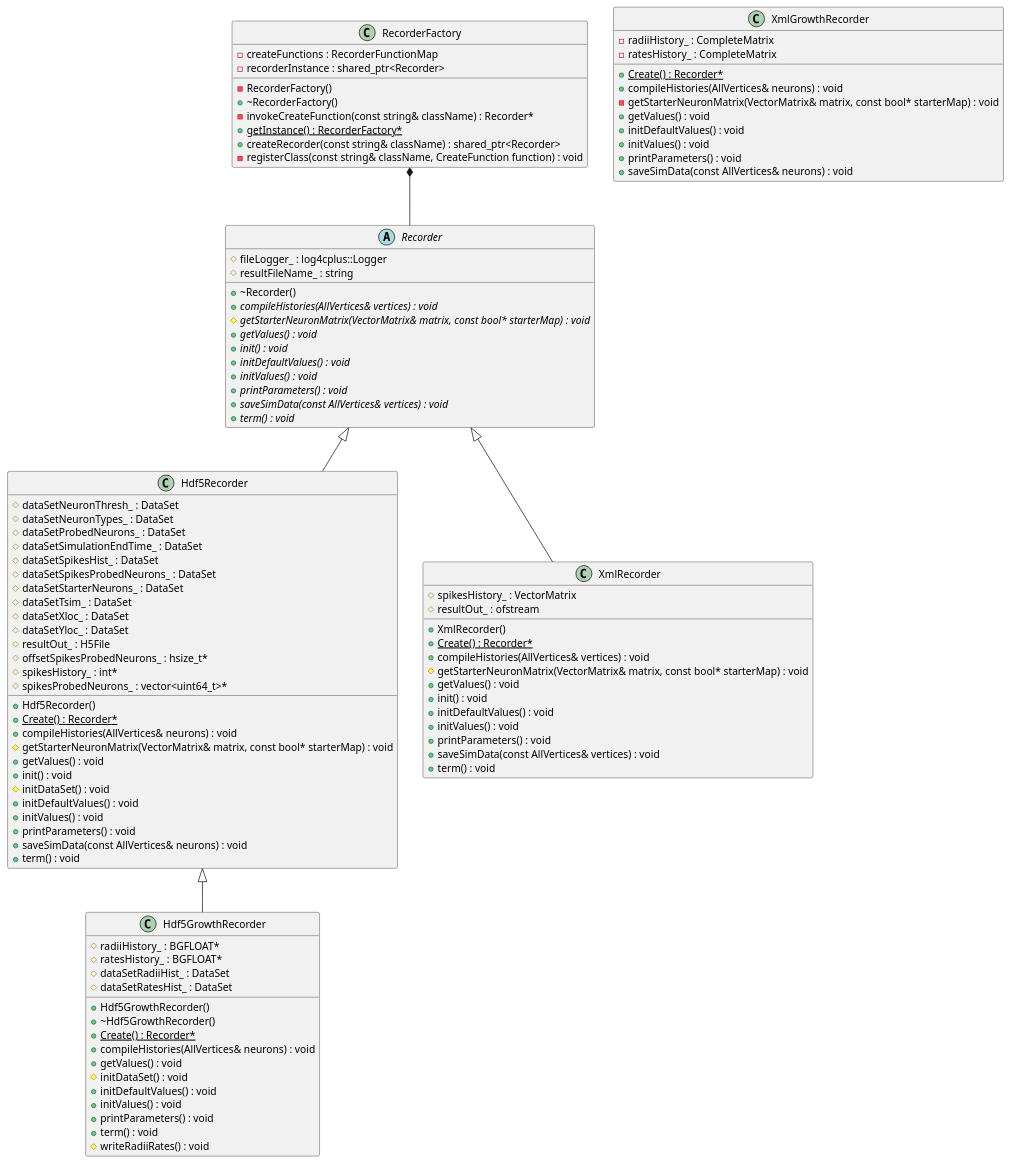
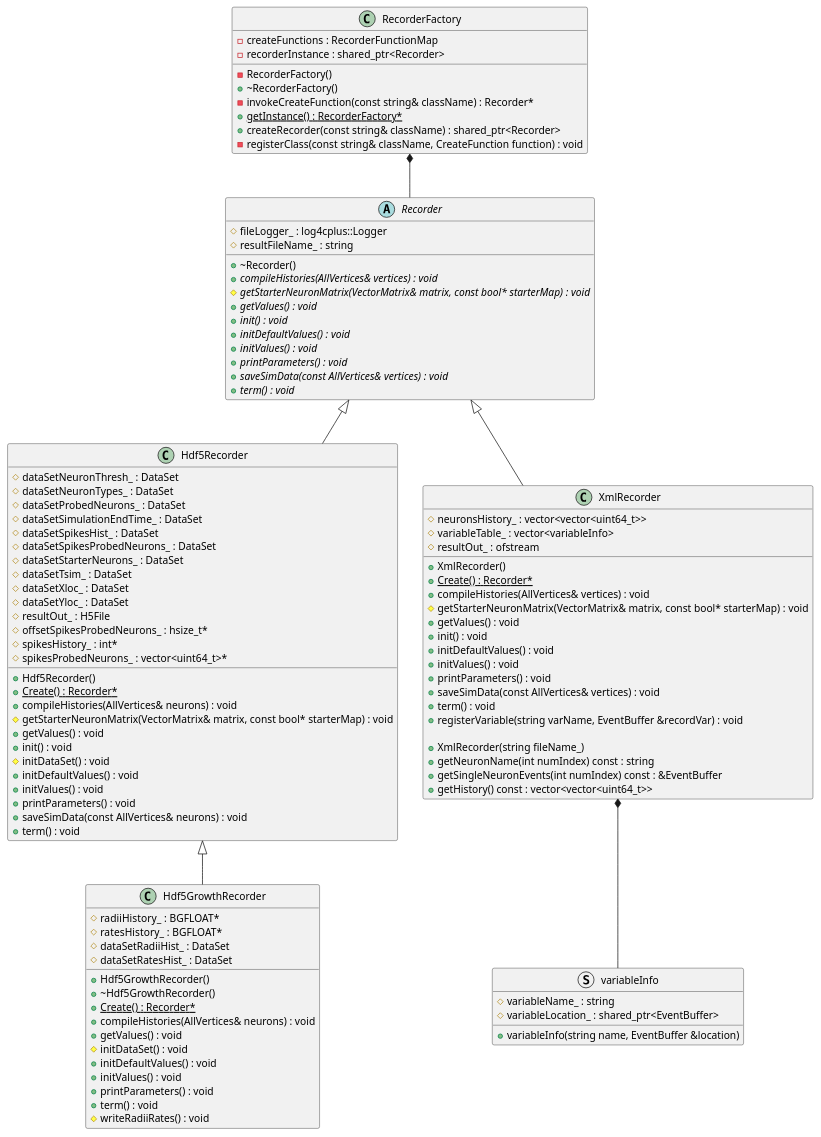
The diagram in docs/Developer/ClassDiagrams/recorder.puml (UWB-Biocomputing/Graphitti), drawn with PlantUML before and after one commit. The commit also changed 5 other files, not shown here.

Commit message:
updated XmlRecorder unit test file and UML

```diff
--- a/docs/Developer/ClassDiagrams/recorder.puml
+++ b/docs/Developer/ClassDiagrams/recorder.puml
@@ -1,142 +1,144 @@
 @startuml RecorderClassDiagram
 
 
 
 
 
 /' Objects '/
 
 class Hdf5GrowthRecorder {
 	+Hdf5GrowthRecorder()
 	+~Hdf5GrowthRecorder()
 	#radiiHistory_ : BGFLOAT*
 	#ratesHistory_ : BGFLOAT*
 	#dataSetRadiiHist_ : DataSet
 	#dataSetRatesHist_ : DataSet
 	+{static} Create() : Recorder*
 	+compileHistories(AllVertices& neurons) : void
 	+getValues() : void
 	#initDataSet() : void
 	+initDefaultValues() : void
 	+initValues() : void
 	+printParameters() : void
 	+term() : void
 	#writeRadiiRates() : void
 }
 
 
 class Hdf5Recorder {
 	+Hdf5Recorder()
 	#dataSetNeuronThresh_ : DataSet
 	#dataSetNeuronTypes_ : DataSet
 	#dataSetProbedNeurons_ : DataSet
 	#dataSetSimulationEndTime_ : DataSet
 	#dataSetSpikesHist_ : DataSet
 	#dataSetSpikesProbedNeurons_ : DataSet
 	#dataSetStarterNeurons_ : DataSet
 	#dataSetTsim_ : DataSet
 	#dataSetXloc_ : DataSet
 	#dataSetYloc_ : DataSet
 	#resultOut_ : H5File
 	+{static} Create() : Recorder*
 	#offsetSpikesProbedNeurons_ : hsize_t*
 	#spikesHistory_ : int*
 	#spikesProbedNeurons_ : vector<uint64_t>*
 	+compileHistories(AllVertices& neurons) : void
 	#getStarterNeuronMatrix(VectorMatrix& matrix, const bool* starterMap) : void
 	+getValues() : void
 	+init() : void
 	#initDataSet() : void
 	+initDefaultValues() : void
 	+initValues() : void
 	+printParameters() : void
 	+saveSimData(const AllVertices& neurons) : void
 	+term() : void
 }
 
 
 abstract class Recorder {
 	+~Recorder()
 	#fileLogger_ : log4cplus::Logger
 	#resultFileName_ : string
 	+{abstract} compileHistories(AllVertices& vertices) : void
 	#{abstract} getStarterNeuronMatrix(VectorMatrix& matrix, const bool* starterMap) : void
 	+{abstract} getValues() : void
 	+{abstract} init() : void
 	+{abstract} initDefaultValues() : void
 	+{abstract} initValues() : void
 	+{abstract} printParameters() : void
 	+{abstract} saveSimData(const AllVertices& vertices) : void
 	+{abstract} term() : void
 }
 
 
 class RecorderFactory {
 	-RecorderFactory()
 	+~RecorderFactory()
 	-invokeCreateFunction(const string& className) : Recorder*
 	+{static} getInstance() : RecorderFactory*
 	-createFunctions : RecorderFunctionMap
 	+createRecorder(const string& className) : shared_ptr<Recorder>
 	-recorderInstance : shared_ptr<Recorder>
 	-registerClass(const string& className, CreateFunction function) : void
 }
 
 
-class XmlGrowthRecorder {
-	-radiiHistory_ : CompleteMatrix
-	-ratesHistory_ : CompleteMatrix
-	+{static} Create() : Recorder*
-	+compileHistories(AllVertices& neurons) : void
-	-getStarterNeuronMatrix(VectorMatrix& matrix, const bool* starterMap) : void
-	+getValues() : void
-	+initDefaultValues() : void
-	+initValues() : void
-	+printParameters() : void
-	+saveSimData(const AllVertices& neurons) : void
-}
-
-
 class XmlRecorder {
 	+XmlRecorder()
 	+{static} Create() : Recorder*
-	#spikesHistory_ : VectorMatrix
+	#neuronsHistory_ : vector<vector<uint64_t>>
+	#variableTable_ : vector<variableInfo>
 	#resultOut_ : ofstream
 	+compileHistories(AllVertices& vertices) : void
 	#getStarterNeuronMatrix(VectorMatrix& matrix, const bool* starterMap) : void
 	+getValues() : void
 	+init() : void
 	+initDefaultValues() : void
 	+initValues() : void
 	+printParameters() : void
 	+saveSimData(const AllVertices& vertices) : void
 	+term() : void
+	+registerVariable(string varName, EventBuffer &recordVar) : void
+	
+	/' methods only used for unit test '/
+	+XmlRecorder(string fileName_)
+	+getNeuronName(int numIndex) const : string
+	+getSingleNeuronEvents(int numIndex) const : &EventBuffer
+	+getHistory() const : vector<vector<uint64_t>>
+}
+
+struct variableInfo {
+	#variableName_ : string
+	#variableLocation_ : shared_ptr<EventBuffer>
+	+variableInfo(string name, EventBuffer &location)
 }
 
 
 
 /' Inheritance relationships '/
 
 .Hdf5Recorder <|-- .Hdf5GrowthRecorder
 
 
 .Recorder <|-- .Hdf5Recorder
 
 
 .Recorder <|-- .XmlRecorder
 
 
 /' Aggregation relationships '/
 
 .RecorderFactory *-- .Recorder
 
+/' Composition relationships '/
 
+.XmlRecorder *-- .variableInfo
 
 
 
 
 /' Nested objects '/
 
 
 
 @enduml
```
